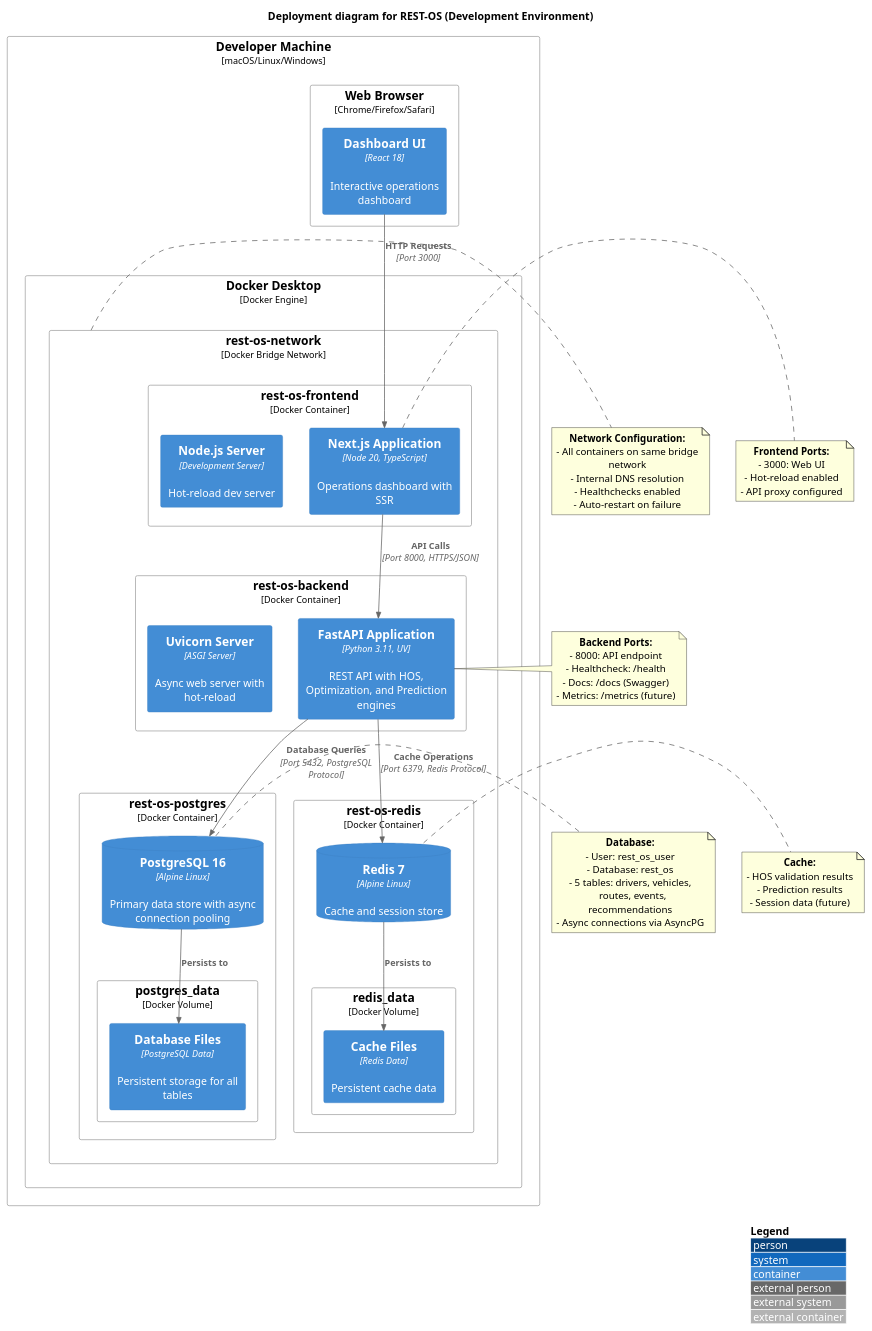
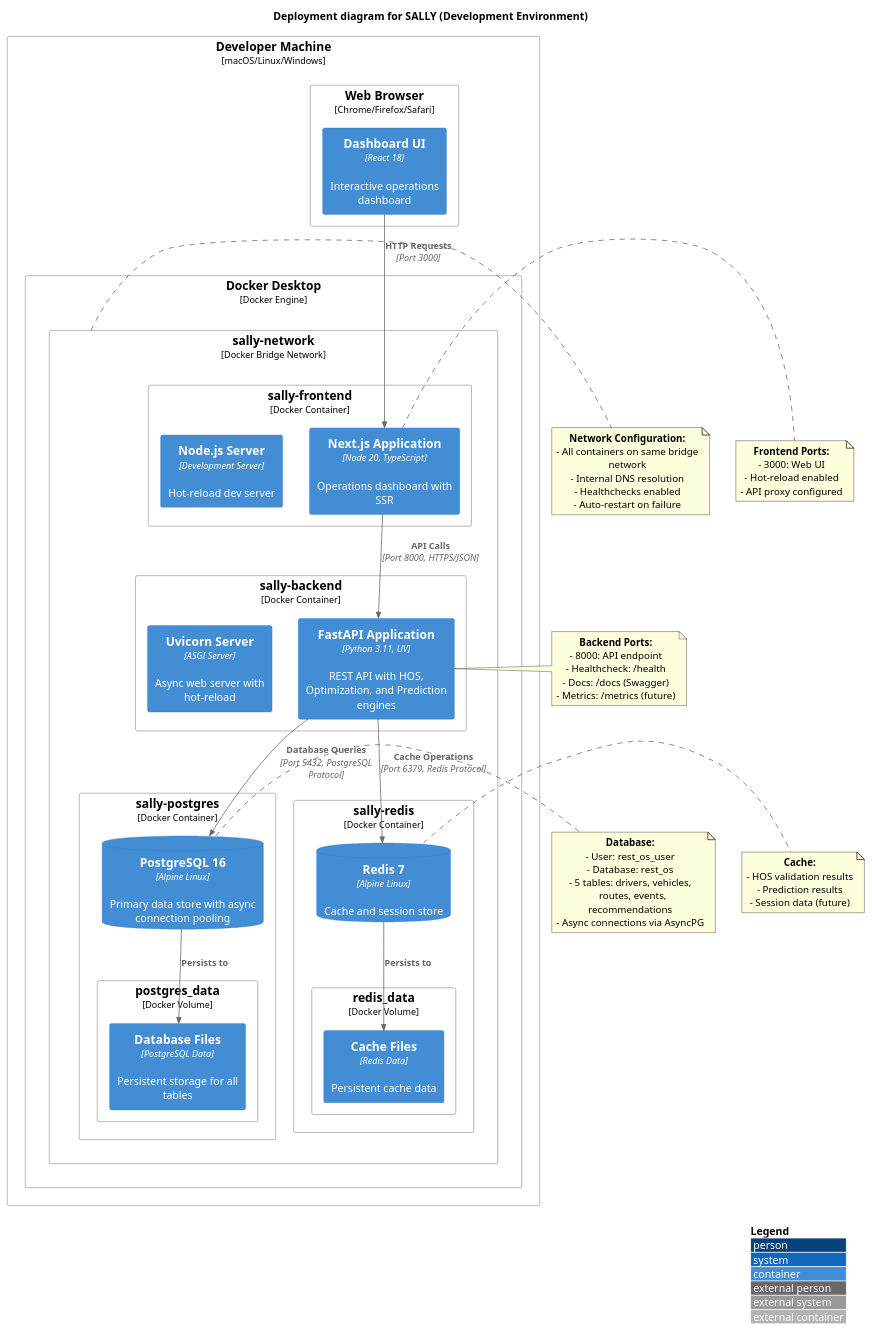
Before and after one commit to app-shore/sally: the diagram in .docs/architecture/deployment-diagram.puml, drawn with PlantUML. The commit also changed 38 other files, not shown here.

```diff
--- a/.docs/architecture/deployment-diagram.puml
+++ b/.docs/architecture/deployment-diagram.puml
@@ -1,90 +1,90 @@
 @startuml Deployment_Diagram
 !include https://raw.githubusercontent.com/plantuml-stdlib/C4-PlantUML/master/C4_Deployment.puml
 
 LAYOUT_WITH_LEGEND()
 
-title Deployment diagram for REST-OS (Development Environment)
+title Deployment diagram for SALLY (Development Environment)
 
 Deployment_Node(dev_machine, "Developer Machine", "macOS/Linux/Windows") {
     Deployment_Node(docker, "Docker Desktop", "Docker Engine") {
-        Deployment_Node(network, "rest-os-network", "Docker Bridge Network") {
+        Deployment_Node(network, "sally-network", "Docker Bridge Network") {
 
-            Deployment_Node(postgres_container, "rest-os-postgres", "Docker Container") {
+            Deployment_Node(postgres_container, "sally-postgres", "Docker Container") {
                 ContainerDb(postgres, "PostgreSQL 16", "Alpine Linux", "Primary data store with async connection pooling")
                 Deployment_Node(pg_volume, "postgres_data", "Docker Volume") {
                     Container(pg_data, "Database Files", "PostgreSQL Data", "Persistent storage for all tables")
                 }
             }
 
-            Deployment_Node(redis_container, "rest-os-redis", "Docker Container") {
+            Deployment_Node(redis_container, "sally-redis", "Docker Container") {
                 ContainerDb(redis, "Redis 7", "Alpine Linux", "Cache and session store")
                 Deployment_Node(redis_volume, "redis_data", "Docker Volume") {
                     Container(redis_data, "Cache Files", "Redis Data", "Persistent cache data")
                 }
             }
 
-            Deployment_Node(backend_container, "rest-os-backend", "Docker Container") {
+            Deployment_Node(backend_container, "sally-backend", "Docker Container") {
                 Container(fastapi, "FastAPI Application", "Python 3.11, UV", "REST API with HOS, Optimization, and Prediction engines")
                 Container(uvicorn, "Uvicorn Server", "ASGI Server", "Async web server with hot-reload")
             }
 
-            Deployment_Node(frontend_container, "rest-os-frontend", "Docker Container") {
+            Deployment_Node(frontend_container, "sally-frontend", "Docker Container") {
                 Container(nextjs, "Next.js Application", "Node 20, TypeScript", "Operations dashboard with SSR")
                 Container(node_server, "Node.js Server", "Development Server", "Hot-reload dev server")
             }
         }
     }
 
     Deployment_Node(browser, "Web Browser", "Chrome/Firefox/Safari") {
         Container(ui, "Dashboard UI", "React 18", "Interactive operations dashboard")
     }
 }
 
 Rel(ui, nextjs, "HTTP Requests", "Port 3000")
 Rel(nextjs, fastapi, "API Calls", "Port 8000, HTTPS/JSON")
 Rel(fastapi, postgres, "Database Queries", "Port 5432, PostgreSQL Protocol")
 Rel(fastapi, redis, "Cache Operations", "Port 6379, Redis Protocol")
 
 Rel(postgres, pg_data, "Persists to")
 Rel(redis, redis_data, "Persists to")
 
 note right of network
   **Network Configuration:**
   - All containers on same bridge network
   - Internal DNS resolution
   - Healthchecks enabled
   - Auto-restart on failure
 end note
 
 note right of postgres
   **Database:**
   - User: rest_os_user
   - Database: rest_os
   - 5 tables: drivers, vehicles,
     routes, events, recommendations
   - Async connections via AsyncPG
 end note
 
 note right of redis
   **Cache:**
   - HOS validation results
   - Prediction results
   - Session data (future)
 end note
 
 note right of fastapi
   **Backend Ports:**
   - 8000: API endpoint
   - Healthcheck: /health
   - Docs: /docs (Swagger)
   - Metrics: /metrics (future)
 end note
 
 note right of nextjs
   **Frontend Ports:**
   - 3000: Web UI
   - Hot-reload enabled
   - API proxy configured
 end note
 
 @enduml
```
